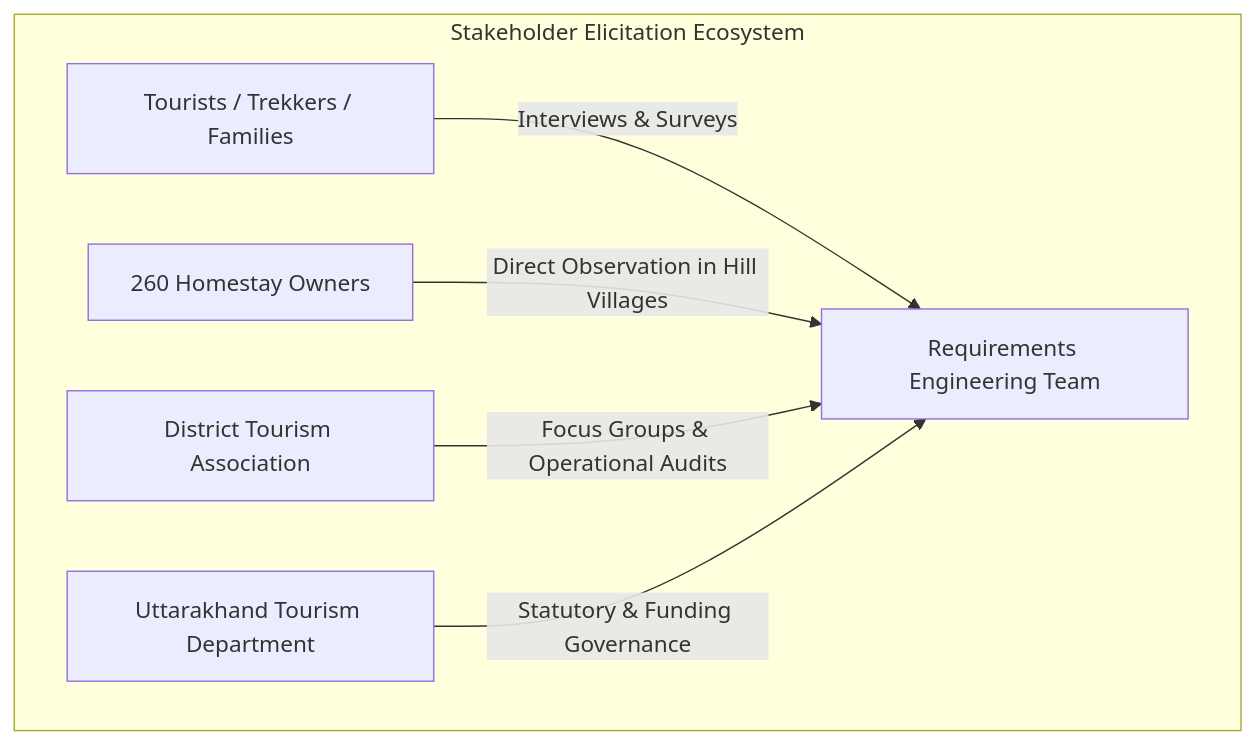
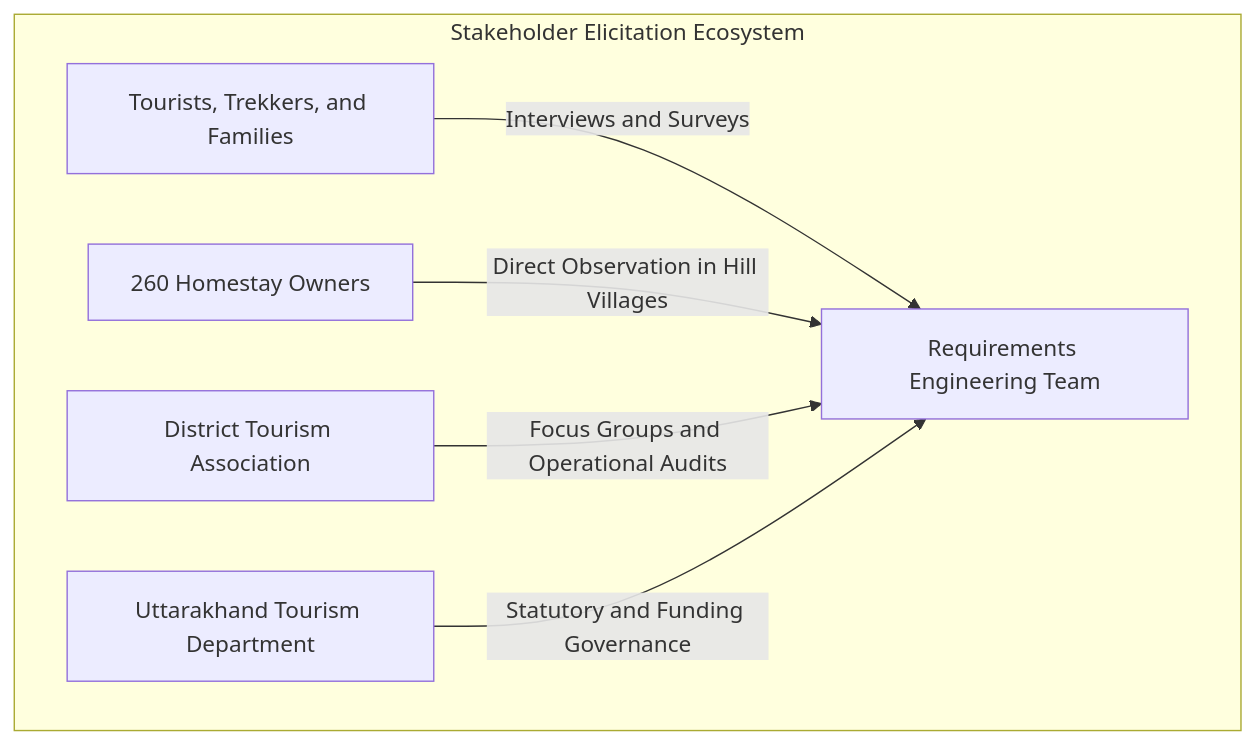
One commit to MSB-io/HomeStay changed the diagram in docs/01_SRS_Document.md. Above: the diagram before and after it, drawn with Mermaid. The commit also changed 4 other files, not shown here.

Commit message:
Fix(mermaid): resolve GitHub rendering error 'Cannot read properties of undefined (reading type)' in Gantt and network diagrams

````diff
--- a/docs/01_SRS_Document.md
+++ b/docs/01_SRS_Document.md
@@ -40,9 +40,9 @@
 ```mermaid
 graph TD
-    subgraph Stakeholder Elicitation Ecosystem
-        T[Tourists / Trekkers / Families] -->|Interviews & Surveys| RE[Requirements Engineering Team]
-        O[260 Homestay Owners] -->|Direct Observation in Hill Villages| RE
-        A[District Tourism Association] -->|Focus Groups & Operational Audits| RE
-        D[Uttarakhand Tourism Department] -->|Statutory & Funding Governance| RE
+    subgraph Ecosystem ["Stakeholder Elicitation Ecosystem"]
+        T["Tourists, Trekkers, and Families"] -->|"Interviews and Surveys"| RE["Requirements Engineering Team"]
+        O["260 Homestay Owners"] -->|"Direct Observation in Hill Villages"| RE
+        A["District Tourism Association"] -->|"Focus Groups and Operational Audits"| RE
+        D["Uttarakhand Tourism Department"] -->|"Statutory and Funding Governance"| RE
     end
 ```
````
